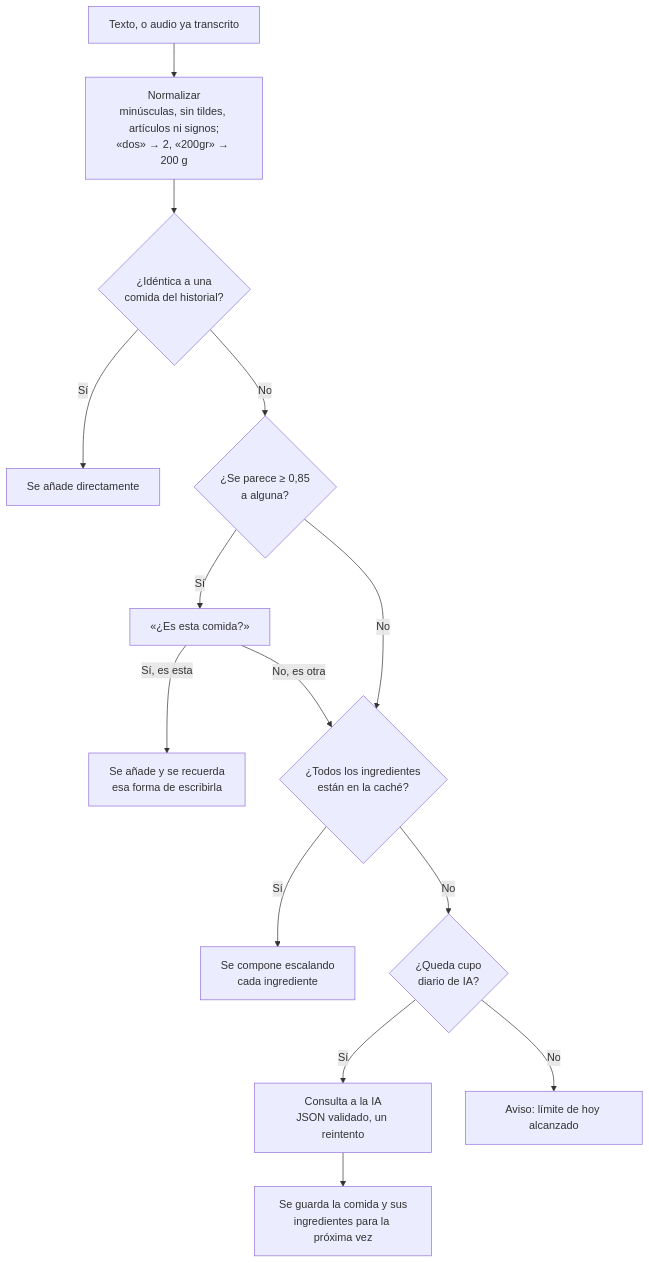
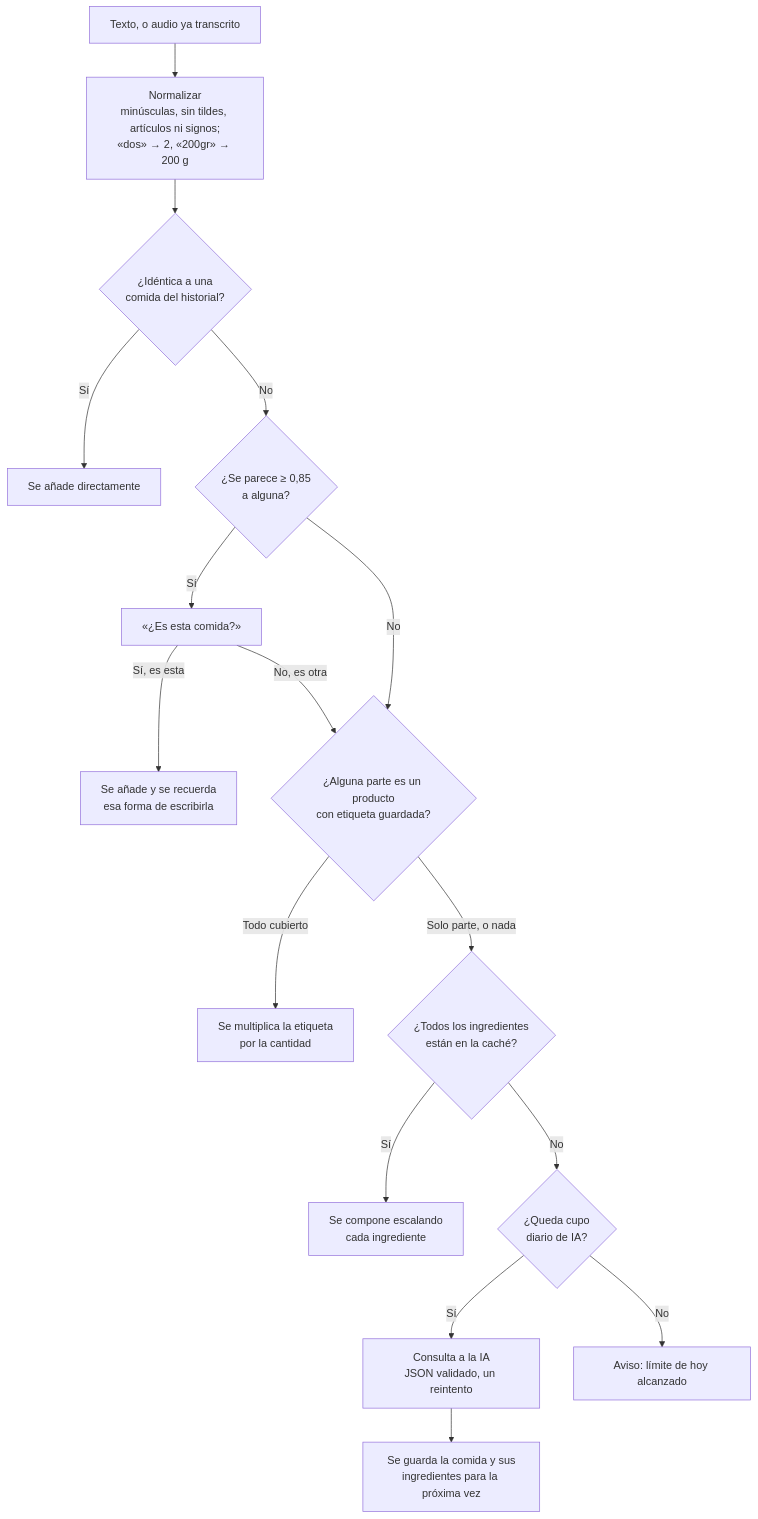
The first of 2 diagrams in README.md (Alvaro-Rovira/kcalia), drawn with Mermaid before and after one commit. The commit also changed other lines of this file and 33 other files, not shown here.

First line of the commit message:
docs: productos con etiqueta en el README, capturas y GIF nuevos; etiquetas a dos decimales

````diff
--- a/README.md
+++ b/README.md
@@ -103,16 +110,18 @@
 ```mermaid
 flowchart TD
     A["Texto, o audio ya transcrito"] --> N["Normalizar<br/>minúsculas, sin tildes, artículos ni signos;<br/>«dos» → 2, «200gr» → 200 g"]
     N --> B{"¿Idéntica a una<br/>comida del historial?"}
     B -- Sí --> OK1["Se añade directamente"]
     B -- No --> C{"¿Se parece ≥ 0,85<br/>a alguna?"}
     C -- Sí --> Q["«¿Es esta comida?»"]
     Q -- "Sí, es esta" --> OK2["Se añade y se recuerda<br/>esa forma de escribirla"]
-    Q -- "No, es otra" --> D
-    C -- No --> D{"¿Todos los ingredientes<br/>están en la caché?"}
+    Q -- "No, es otra" --> P
+    C -- No --> P{"¿Alguna parte es un producto<br/>con etiqueta guardada?"}
+    P -- "Todo cubierto" --> OK4["Se multiplica la etiqueta<br/>por la cantidad"]
+    P -- "Solo parte, o nada" --> D{"¿Todos los ingredientes<br/>están en la caché?"}
     D -- Sí --> OK3["Se compone escalando<br/>cada ingrediente"]
     D -- No --> L{"¿Queda cupo<br/>diario de IA?"}
     L -- Sí --> IA["Consulta a la IA<br/>JSON validado, un reintento"]
     L -- No --> STOP["Aviso: límite de hoy alcanzado"]
     IA --> LEARN["Se guarda la comida y sus<br/>ingredientes para la próxima vez"]
 ```
````
